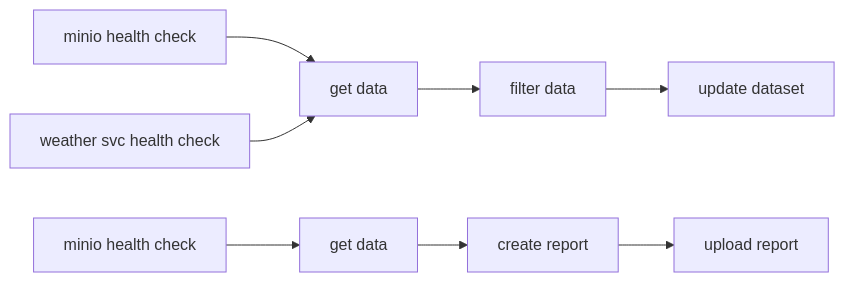
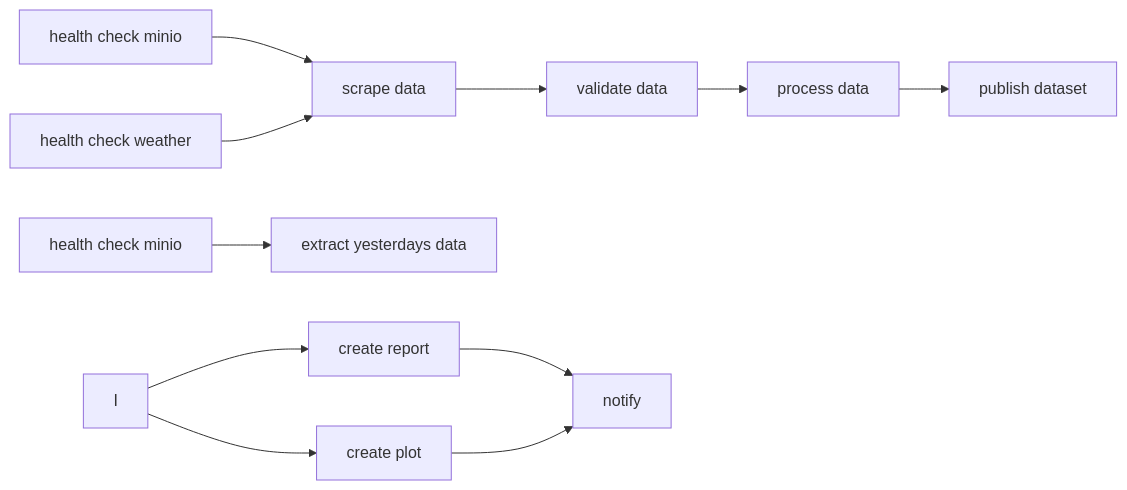
The diagram in readme.md (bletvaska/airflow101), drawn with Mermaid before and after one commit.

Commit message:
refaktoring

````diff
--- a/readme.md
+++ b/readme.md
@@ -36,11 +36,14 @@
 ```mermaid
 graph LR
-    A[minio health check] --> B[get data]
-    C[weather svc health check] --> B
-    B --> D[filter data]
-    D --> E[update dataset]
+    A[health check minio] --> B[scrape data]
+    C[health check weather] --> B
+    B --> D[validate data]
+    D --> E[process data]
+    E --> F[publish dataset]
 
-    F[minio health check] --> G[get data]
-    G --> H[create report]
-    H --> I[upload report]
+    G[health check minio] --> H[extract yesterdays data]
+    I --> J[create report]
+    I --> K[create plot]
+    J --> L[notify]
+    K --> L
 ```
````
